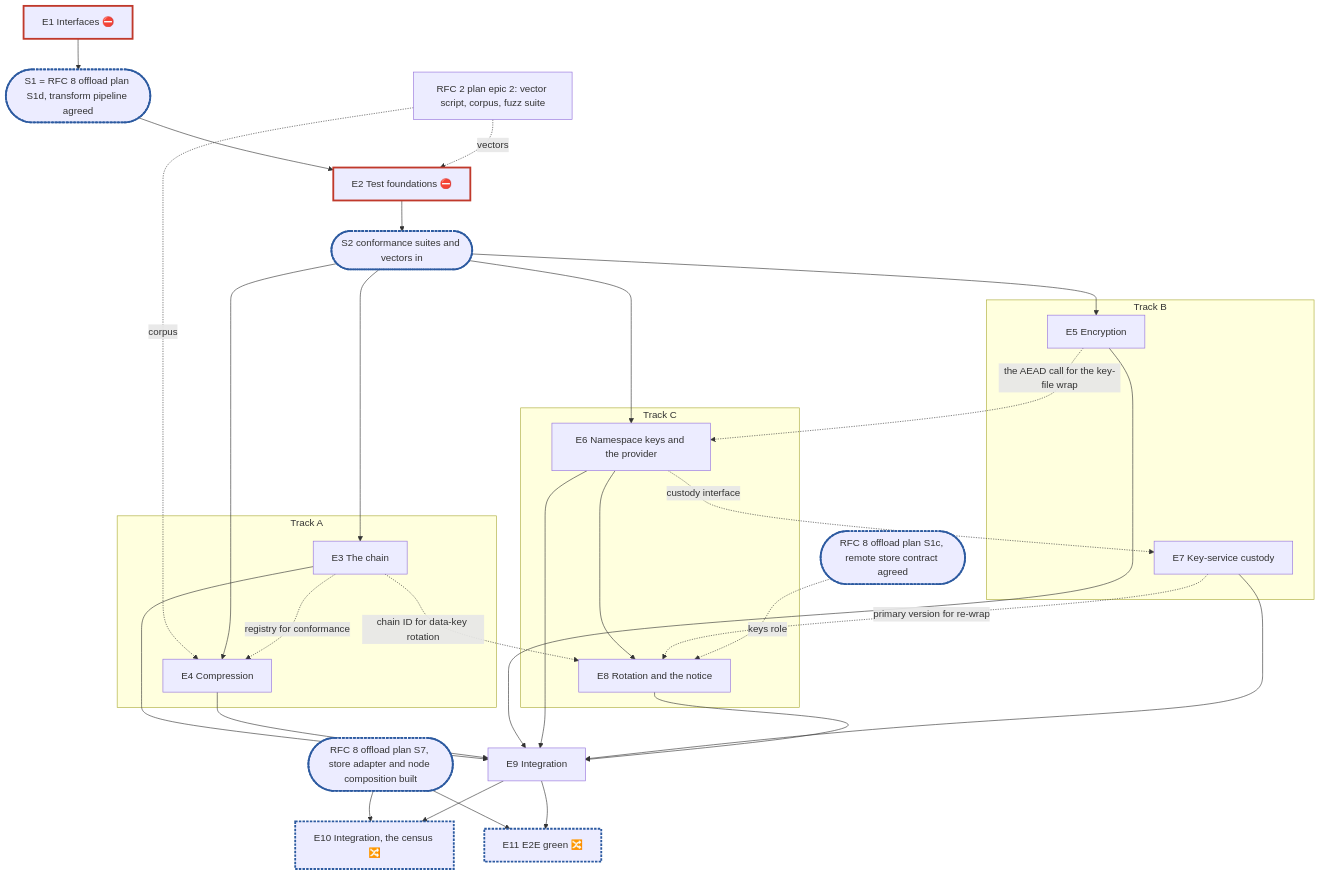
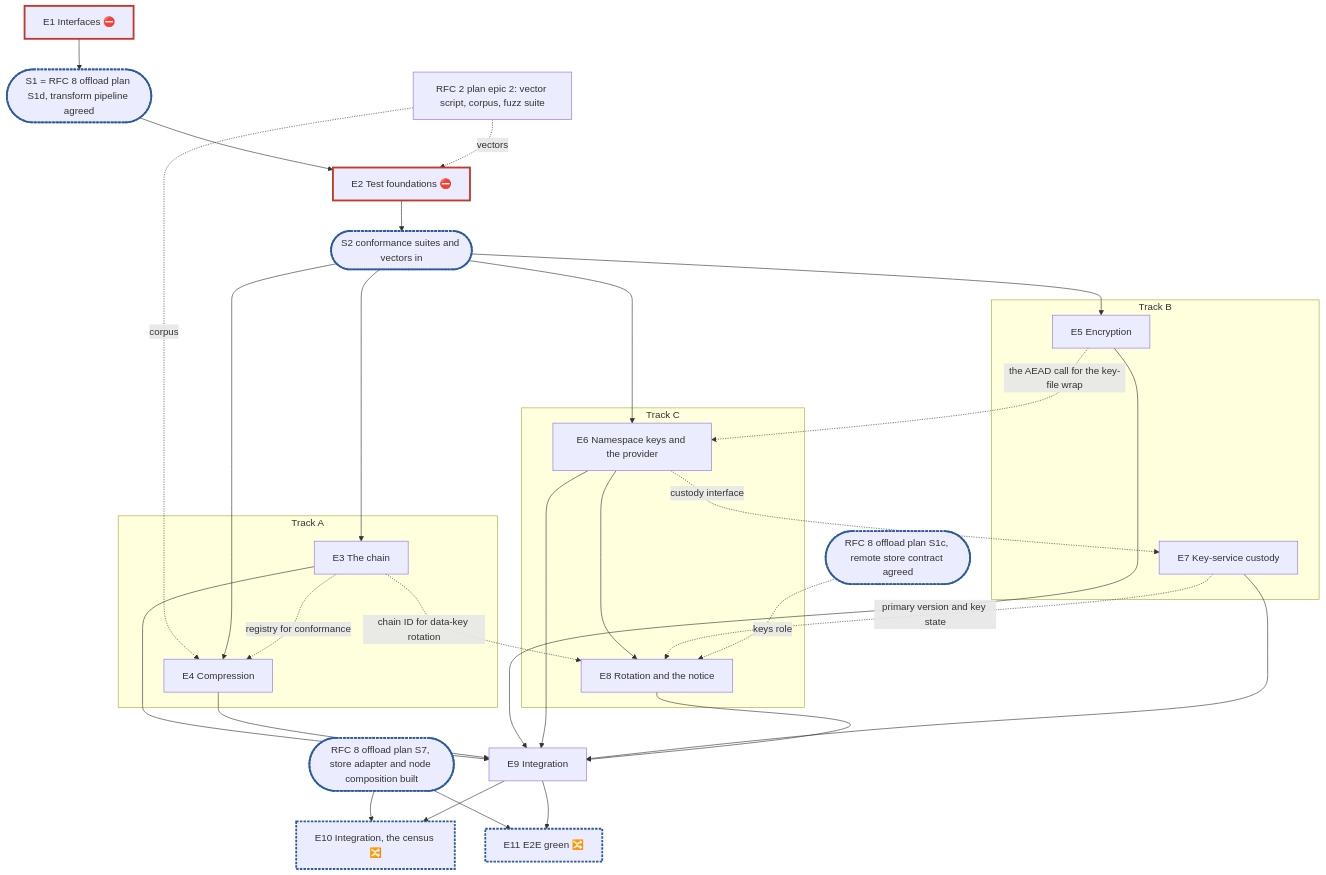
The diagram in .planning/rfc-5-transforms-plan.md (cubbit/dittofs), drawn with Mermaid before and after one commit. The commit also changed other lines of this file and 3 other files, not shown here.

````diff
--- a/.planning/rfc-5-transforms-plan.md
+++ b/.planning/rfc-5-transforms-plan.md
@@ -376,32 +381,32 @@
 ```mermaid
 flowchart TD
   E1["E1 Interfaces ⛔"]:::blocker --> S1(["S1 = RFC 8 offload plan S1d, transform pipeline agreed"]):::sync
   S1 --> E2["E2 Test foundations ⛔"]:::blocker --> S2(["S2 conformance suites and vectors in"]):::sync
   R2["RFC 2 plan epic 2: vector script, corpus, fuzz suite"] -. "vectors" .-> E2
   R2 -. "corpus" .-> E4
   subgraph A["Track A"]
     E3["E3 The chain"]
     E4["E4 Compression"]
   end
   subgraph B["Track B"]
     E5["E5 Encryption"]
     E7["E7 Key-service custody"]
   end
   subgraph C["Track C"]
     E6["E6 Namespace keys and the provider"] --> E8["E8 Rotation and the notice"]
   end
   S2 --> E3 & E4 & E5 & E6
   E3 -. "registry for conformance" .-> E4
   E3 -. "chain ID for data-key rotation" .-> E8
   E5 -. "the AEAD call for the key-file wrap" .-> E6
   E6 -. "custody interface" .-> E7
-  E7 -. "primary version for re-wrap" .-> E8
+  E7 -. "primary version and key state" .-> E8
   S1c(["RFC 8 offload plan S1c, remote store contract agreed"]):::sync -. "keys role" .-> E8
   E3 & E4 & E5 & E6 & E7 & E8 --> E9["E9 Integration"]
   S7(["RFC 8 offload plan S7, store adapter and node composition built"]):::sync --> E10["E10 Integration, the census 🔀"]:::sync
   S7 --> E11["E11 E2E green 🔀"]:::sync
   E9 --> E10
   E9 --> E11
   classDef blocker stroke:#c0392b,stroke-width:3px
   classDef sync stroke:#2c5aa0,stroke-width:3px,stroke-dasharray:4 2
 ```
````
